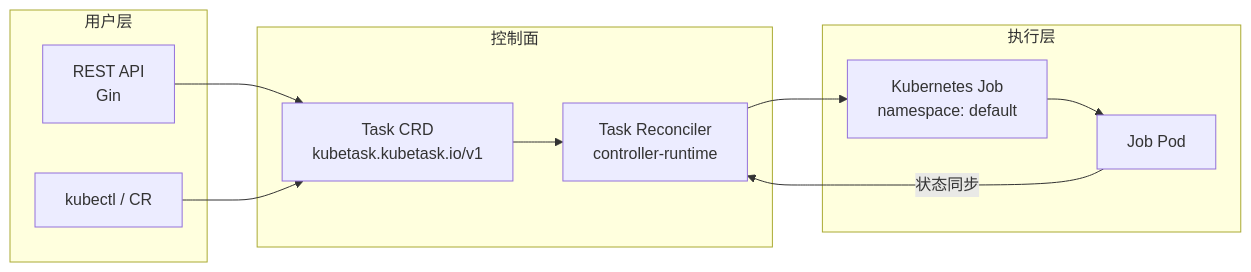
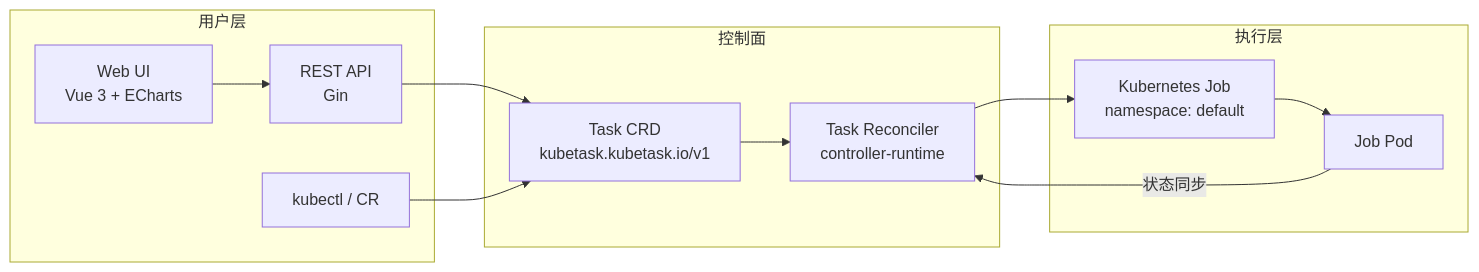
The diagram in README.md (CHYUQI/KubeTask), drawn with Mermaid before and after one commit. The commit also changed other lines of this file and 2 other files, not shown here.

````diff
--- a/README.md
+++ b/README.md
@@ -35,24 +36,26 @@
 ```mermaid
 flowchart LR
     subgraph 用户层
+        UI[Web UI<br/>Vue 3 + ECharts]
         API[REST API<br/>Gin]
         CLI[kubectl / CR]
     end
 
     subgraph 控制面
         CRD[Task CRD<br/>kubetask.kubetask.io/v1]
         CTRL[Task Reconciler<br/>controller-runtime]
     end
 
     subgraph 执行层
         JOB[Kubernetes Job<br/>namespace: default]
         POD[Job Pod]
     end
 
+    UI --> API
     API --> CRD
     CLI --> CRD
     CRD --> CTRL
     CTRL --> JOB
     JOB --> POD
     POD -- 状态同步 --> CTRL
 ```
````
